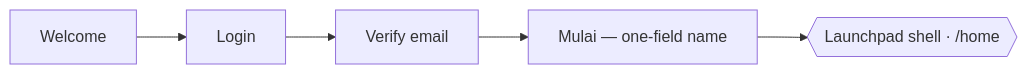
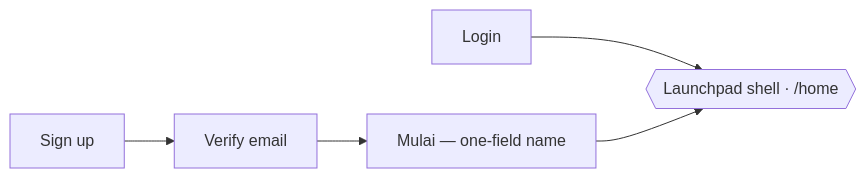
Before and after one commit to zakinadhif/buildersnetwork: the diagram in plans/reference/user-flow.md, drawn with Mermaid. The commit also changed other lines of this file and 19 other files, not shown here.

Commit message:
feat(app): refine authentication entry flow

````diff
--- a/plans/reference/user-flow.md
+++ b/plans/reference/user-flow.md
@@ -9,4 +9,5 @@
 ```mermaid
 flowchart LR
-  W[Welcome] --> L[Login] --> V[Verify email] --> M["Mulai — one-field name"] --> H{{"Launchpad shell · /home"}}
+  L[Login] --> H{{"Launchpad shell · /home"}}
+  S[Sign up] --> V[Verify email] --> M["Mulai — one-field name"] --> H
 ```
````
